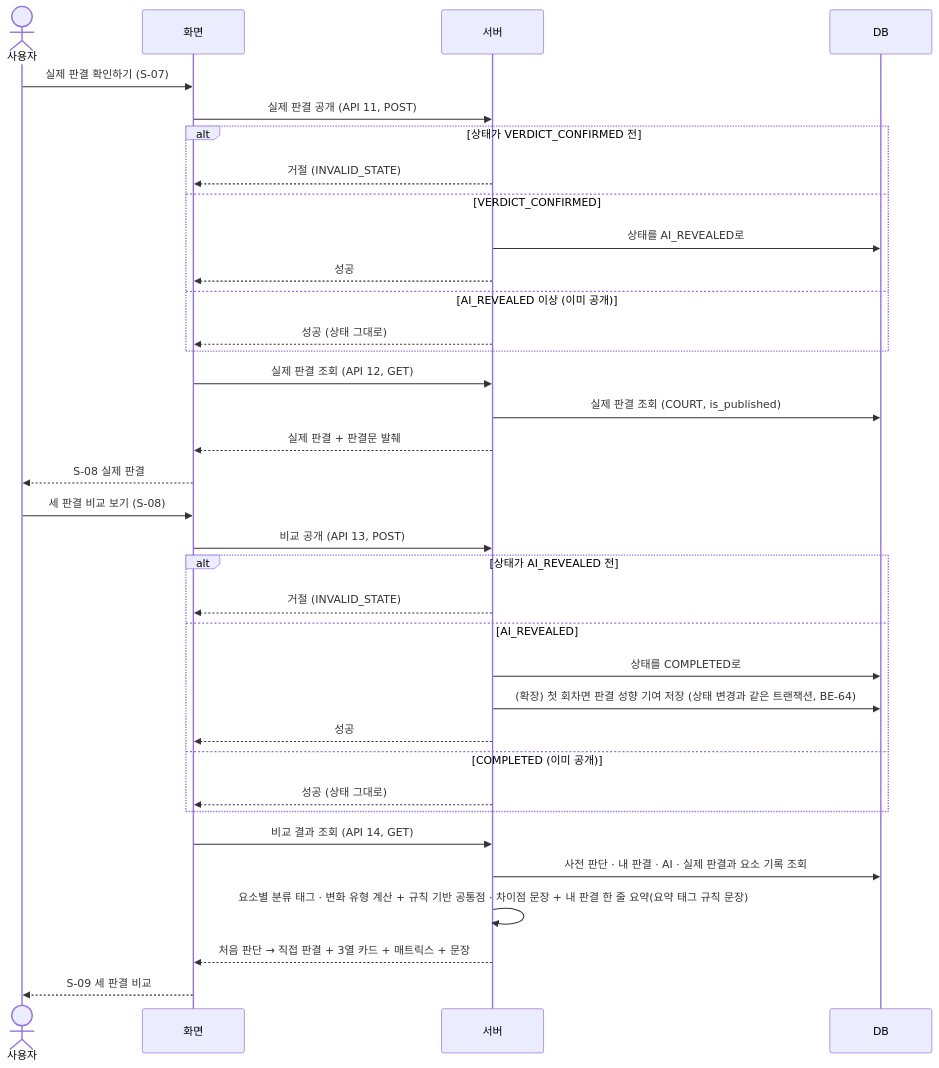
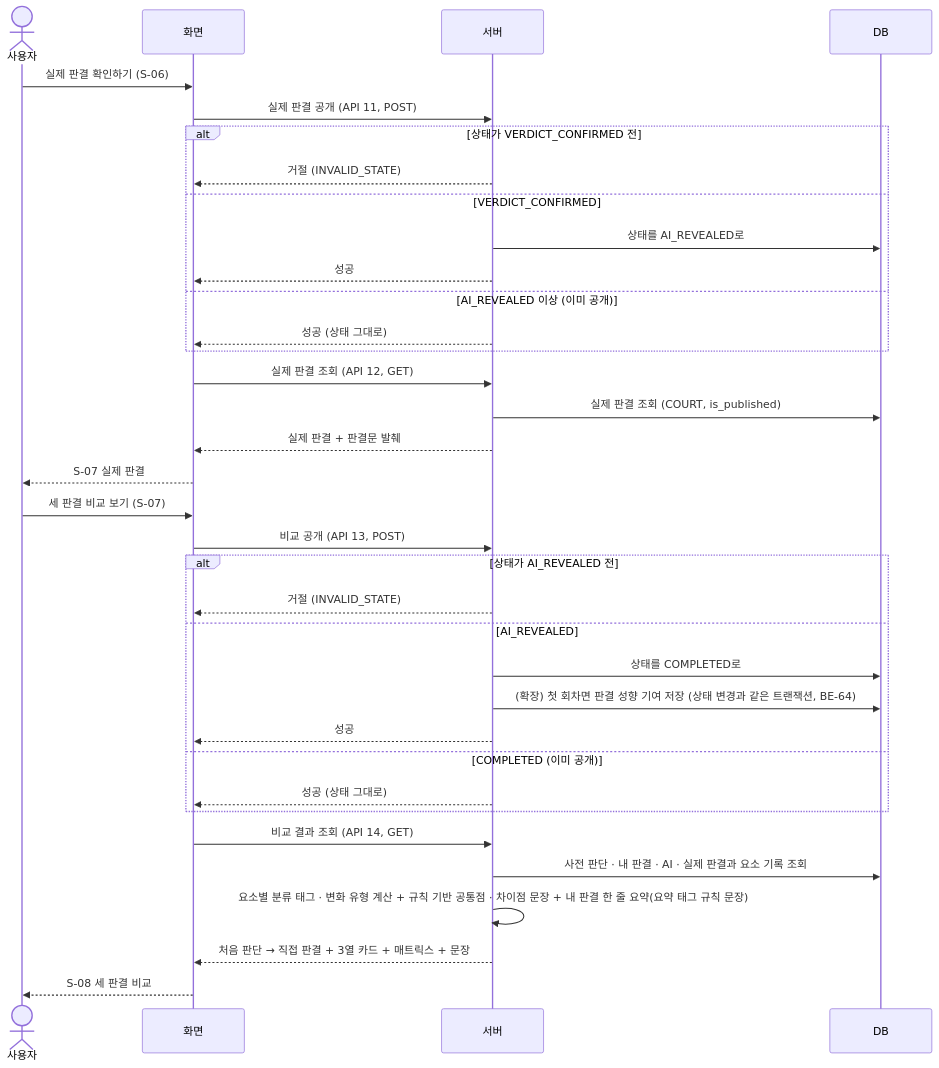
The sixth of 7 diagrams in docs/sequence-diagram.md (prgrms-aibe-devcourse/AIBE7_FinalProject_Team2), drawn with Mermaid before and after one commit. The commit also changed other lines of this file and 18 other files, not shown here.

````diff
--- a/docs/sequence-diagram.md
+++ b/docs/sequence-diagram.md
@@ -214,38 +215,38 @@
 ```mermaid
 sequenceDiagram
     actor U as 사용자
     participant F as 화면
     participant S as 서버
     participant D as DB
  
-    U->>F: 실제 판결 확인하기 (S-07)
+    U->>F: 실제 판결 확인하기 (S-06)
     F->>S: 실제 판결 공개 (API 11, POST)
     alt 상태가 VERDICT_CONFIRMED 전
         S-->>F: 거절 (INVALID_STATE)
     else VERDICT_CONFIRMED
         S->>D: 상태를 AI_REVEALED로
         S-->>F: 성공
     else AI_REVEALED 이상 (이미 공개)
         S-->>F: 성공 (상태 그대로)
     end
     F->>S: 실제 판결 조회 (API 12, GET)
     S->>D: 실제 판결 조회 (COURT, is_published)
     S-->>F: 실제 판결 + 판결문 발췌
-    F-->>U: S-08 실제 판결
-    U->>F: 세 판결 비교 보기 (S-08)
+    F-->>U: S-07 실제 판결
+    U->>F: 세 판결 비교 보기 (S-07)
     F->>S: 비교 공개 (API 13, POST)
     alt 상태가 AI_REVEALED 전
         S-->>F: 거절 (INVALID_STATE)
     else AI_REVEALED
         S->>D: 상태를 COMPLETED로
         S->>D: (확장) 첫 회차면 판결 성향 기여 저장 (상태 변경과 같은 트랜잭션, BE-64)
         S-->>F: 성공
     else COMPLETED (이미 공개)
         S-->>F: 성공 (상태 그대로)
     end
     F->>S: 비교 결과 조회 (API 14, GET)
     S->>D: 사전 판단 · 내 판결 · AI · 실제 판결과 요소 기록 조회
     S->>S: 요소별 분류 태그 · 변화 유형 계산 + 규칙 기반 공통점 · 차이점 문장 + 내 판결 한 줄 요약(요약 태그 규칙 문장)
     S-->>F: 처음 판단 → 직접 판결 + 3열 카드 + 매트릭스 + 문장
-    F-->>U: S-09 세 판결 비교
+    F-->>U: S-08 세 판결 비교
 ```
````
